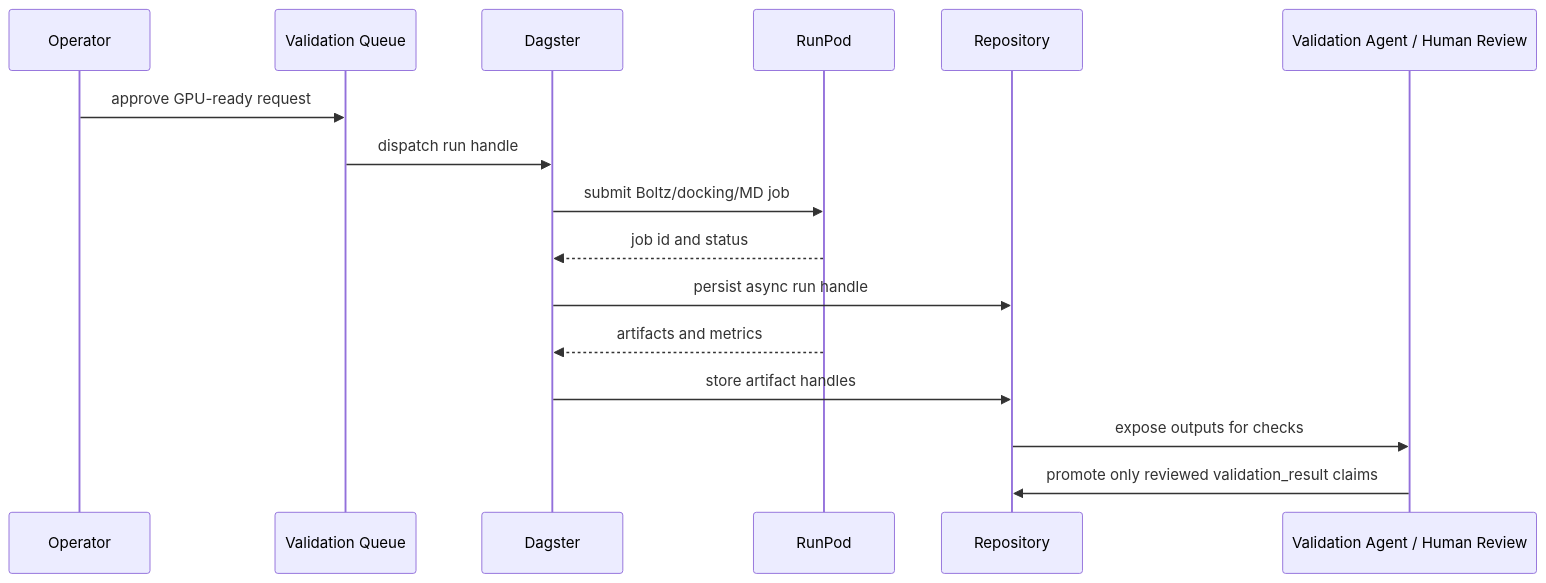
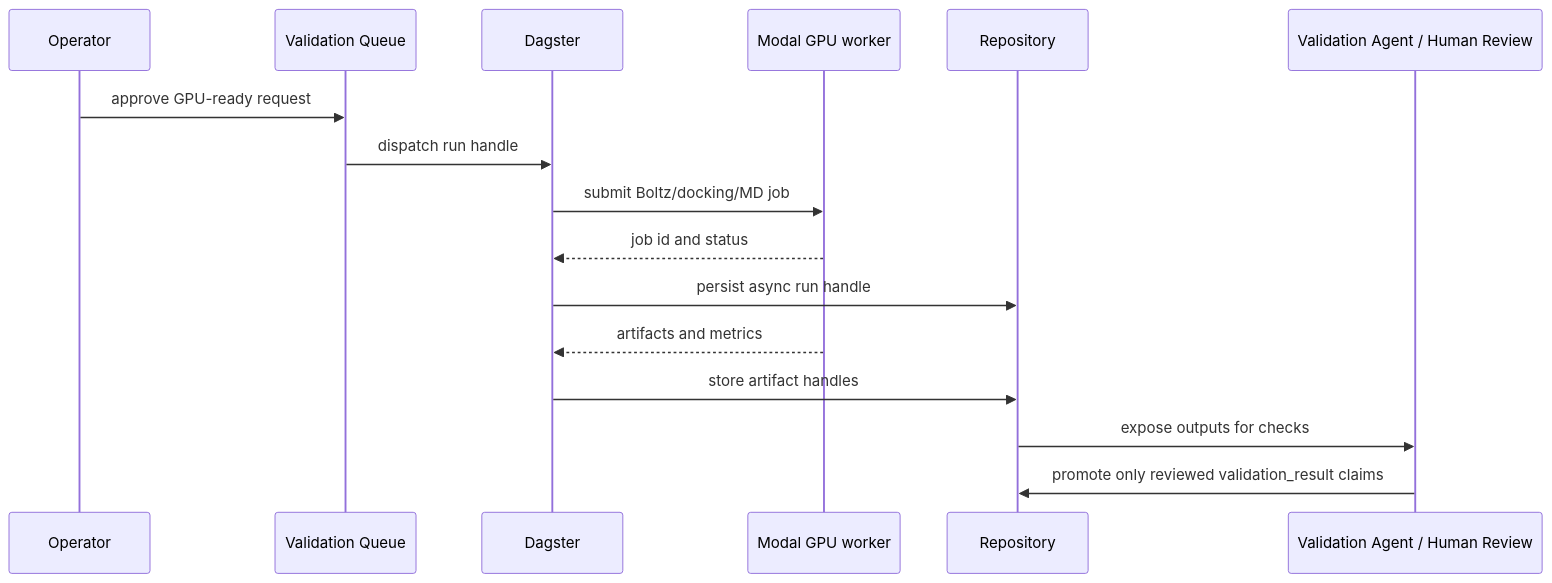
One commit to chasepenelli/twog changed the fifth of 6 diagrams in docs/TWOG_V2_SYSTEM_ARCHITECTURE.md. Above: the diagram before and after it, drawn with Mermaid. The commit also changed other lines of this file and 52 other files, not shown here.

First line of the commit message:
Remove RunPod naming repo-wide; rename compute fields to provider-agnostic

````diff
--- a/docs/TWOG_V2_SYSTEM_ARCHITECTURE.md
+++ b/docs/TWOG_V2_SYSTEM_ARCHITECTURE.md
@@ -540,19 +541,19 @@
 ```mermaid
 sequenceDiagram
   participant Operator
   participant Queue as Validation Queue
   participant Dagster
-  participant RunPod
+  participant Compute as Modal GPU worker
   participant Repo as Repository
   participant Review as Validation Agent / Human Review
 
   Operator->>Queue: approve GPU-ready request
   Queue->>Dagster: dispatch run handle
-  Dagster->>RunPod: submit Boltz/docking/MD job
-  RunPod-->>Dagster: job id and status
+  Dagster->>Compute: submit Boltz/docking/MD job
+  Compute-->>Dagster: job id and status
   Dagster->>Repo: persist async run handle
-  RunPod-->>Dagster: artifacts and metrics
+  Compute-->>Dagster: artifacts and metrics
   Dagster->>Repo: store artifact handles
   Repo->>Review: expose outputs for checks
   Review->>Repo: promote only reviewed validation_result claims
 ```
````
